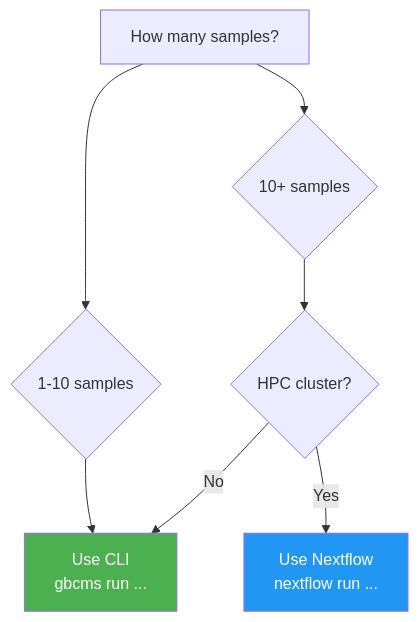
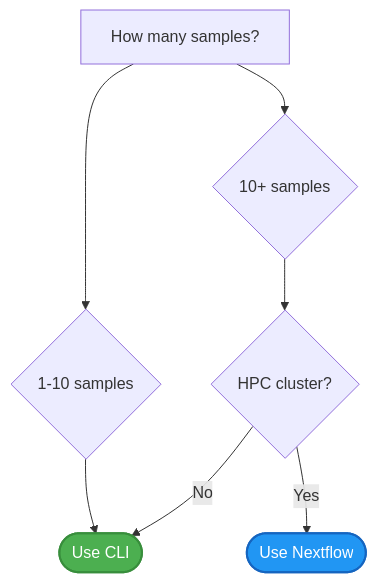
One commit to msk-access/py-gbcms changed the second of 3 diagrams in docs/index.md. Above: the diagram before and after it, drawn with Mermaid. The commit also changed other lines of this file and 2 other files, not shown here.

````diff
--- a/docs/index.md
+++ b/docs/index.md
@@ -57,14 +57,14 @@
 ```mermaid
 flowchart TD
     Start[How many samples?] --> Few{1-10 samples}
     Start --> Many{10+ samples}
     
-    Few --> CLI[Use CLI<br/>gbcms run ...]
+    Few --> CLI([Use CLI]):::cli
     Many --> HPC{HPC cluster?}
     
-    HPC --> |Yes| Nextflow[Use Nextflow<br/>nextflow run ...]
+    HPC --> |Yes| Nextflow([Use Nextflow]):::nf
     HPC --> |No| CLI
     
-    style CLI fill:#4caf50,color:white
-    style Nextflow fill:#2196f3,color:white
+    classDef cli fill:#4caf50,color:white,stroke:#388e3c,stroke-width:2px;
+    classDef nf fill:#2196f3,color:white,stroke:#1565c0,stroke-width:2px;
 ```
````
